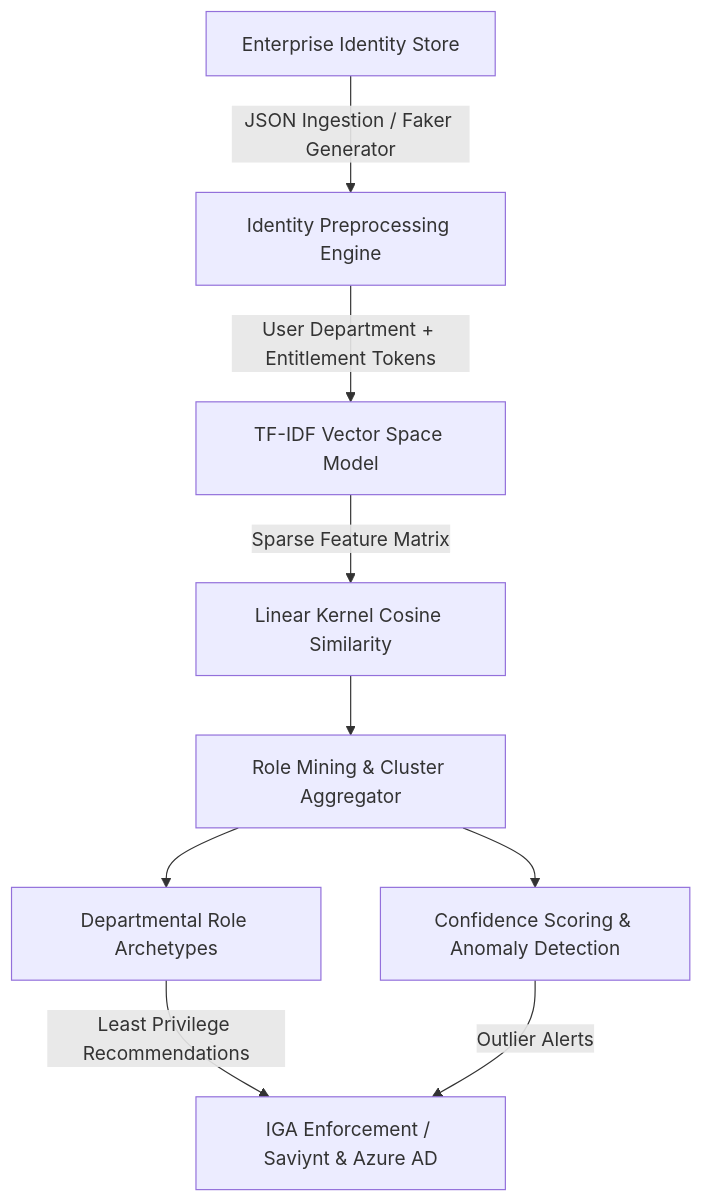
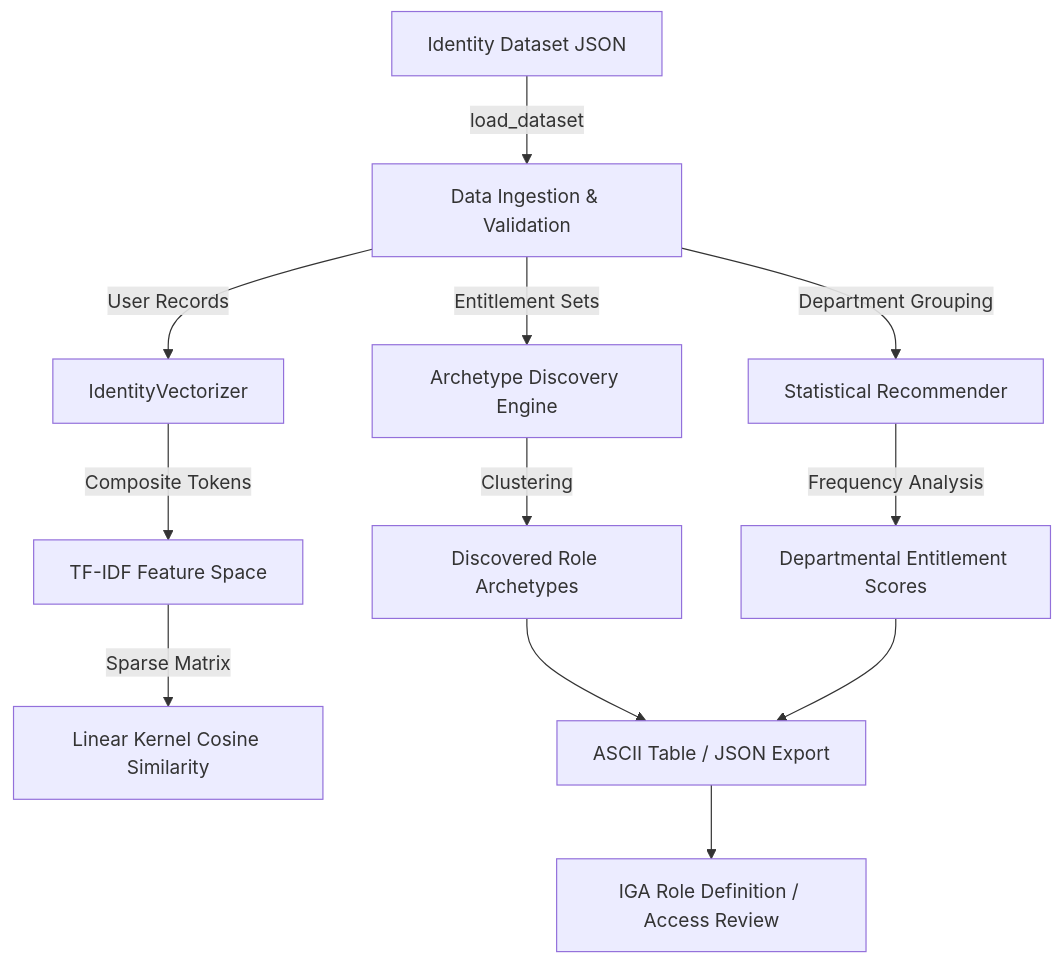
The diagram in README.md (ha4kerspidersks/User-Role-Recommendations), drawn with Mermaid before and after one commit. The commit also changed other lines of this file, not shown here.

Commit message:
docs: document modular architecture, CLI usage, and reproducible evaluation

````diff
--- a/README.md
+++ b/README.md
@@ -23,11 +26,14 @@
 ```mermaid
 graph TD
-    A[Enterprise Identity Store] -->|JSON Ingestion / Faker Generator| B[Identity Preprocessing Engine]
-    B -->|User Department + Entitlement Tokens| C[TF-IDF Vector Space Model]
-    C -->|Sparse Feature Matrix| D[Linear Kernel Cosine Similarity]
-    D --> E[Role Mining & Cluster Aggregator]
-    E --> F[Departmental Role Archetypes]
-    E --> G[Confidence Scoring & Anomaly Detection]
-    F -->|Least Privilege Recommendations| H[IGA Enforcement / Saviynt & Azure AD]
-    G -->|Outlier Alerts| H
+    A[Identity Dataset JSON] -->|load_dataset| B[Data Ingestion & Validation]
+    B -->|User Records| C[IdentityVectorizer]
+    C -->|Composite Tokens| D[TF-IDF Feature Space]
+    D -->|Sparse Matrix| E[Linear Kernel Cosine Similarity]
+    B -->|Entitlement Sets| F[Archetype Discovery Engine]
+    F -->|Clustering| G[Discovered Role Archetypes]
+    B -->|Department Grouping| H[Statistical Recommender]
+    H -->|Frequency Analysis| I[Departmental Entitlement Scores]
+    G --> J[ASCII Table / JSON Export]
+    I --> J
+    J --> K[IGA Role Definition / Access Review]
 ```
````
